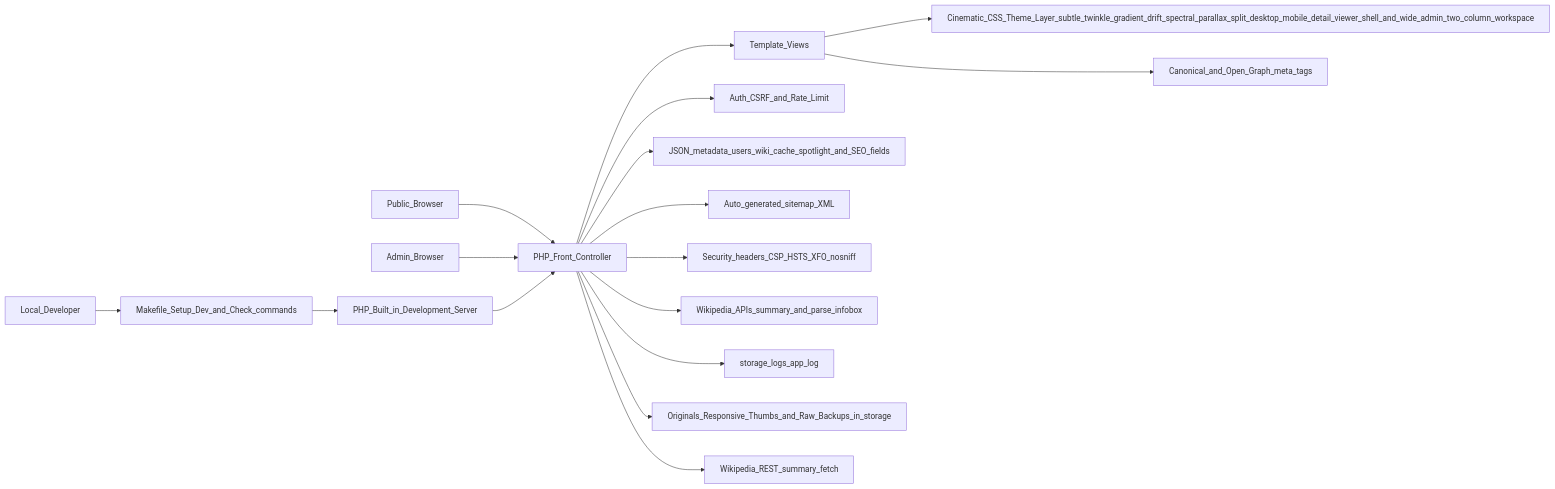
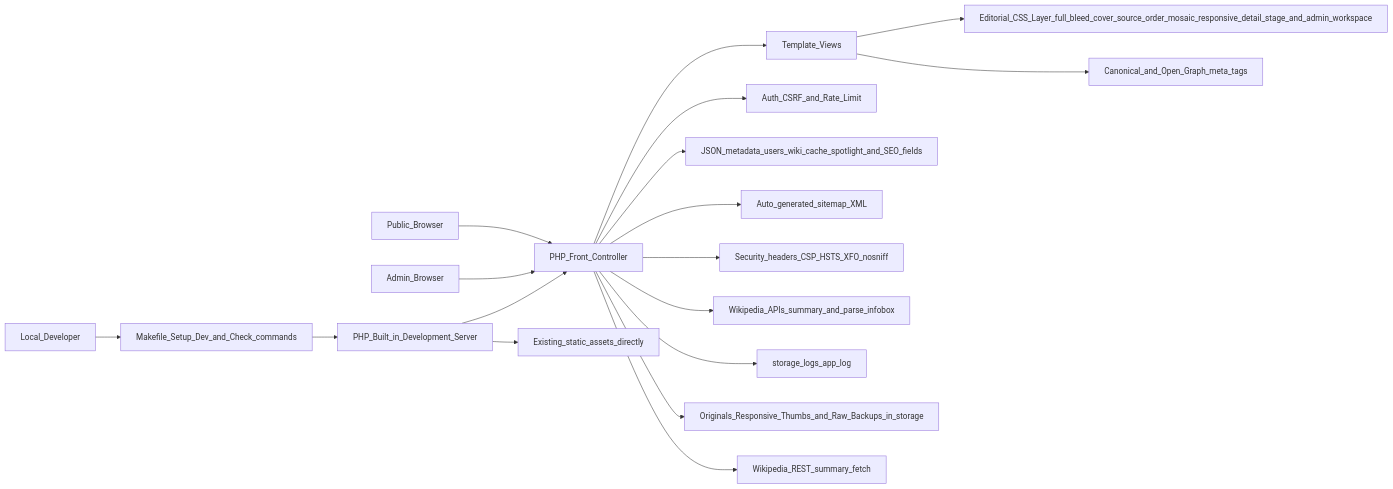
Before and after one commit to smeird/images: the third of 3 diagrams in README.md, drawn with Mermaid. The commit also changed other lines of this file and 9 other files, not shown here.

````diff
--- a/README.md
+++ b/README.md
@@ -274,19 +277,20 @@
 ```mermaid
 graph LR
   Public_Browser --> PHP_Front_Controller
   Admin_Browser --> PHP_Front_Controller
   PHP_Front_Controller --> Template_Views
-  Template_Views --> Cinematic_CSS_Theme_Layer_subtle_twinkle_gradient_drift_spectral_parallax_split_desktop_mobile_detail_viewer_shell_and_wide_admin_two_column_workspace
+  Template_Views --> Editorial_CSS_Layer_full_bleed_cover_source_order_mosaic_responsive_detail_stage_and_admin_workspace
   Template_Views --> Canonical_and_Open_Graph_meta_tags
   PHP_Front_Controller --> Auth_CSRF_and_Rate_Limit
   PHP_Front_Controller --> JSON_metadata_users_wiki_cache_spotlight_and_SEO_fields
   PHP_Front_Controller --> Auto_generated_sitemap_XML
   PHP_Front_Controller --> Security_headers_CSP_HSTS_XFO_nosniff
   PHP_Front_Controller --> Wikipedia_APIs_summary_and_parse_infobox
   PHP_Front_Controller --> storage_logs_app_log
   PHP_Front_Controller --> Originals_Responsive_Thumbs_and_Raw_Backups_in_storage
   PHP_Front_Controller --> Wikipedia_REST_summary_fetch
   Local_Developer --> Makefile_Setup_Dev_and_Check_commands
   Makefile_Setup_Dev_and_Check_commands --> PHP_Built_in_Development_Server
+  PHP_Built_in_Development_Server --> Existing_static_assets_directly
   PHP_Built_in_Development_Server --> PHP_Front_Controller
 ```
````
